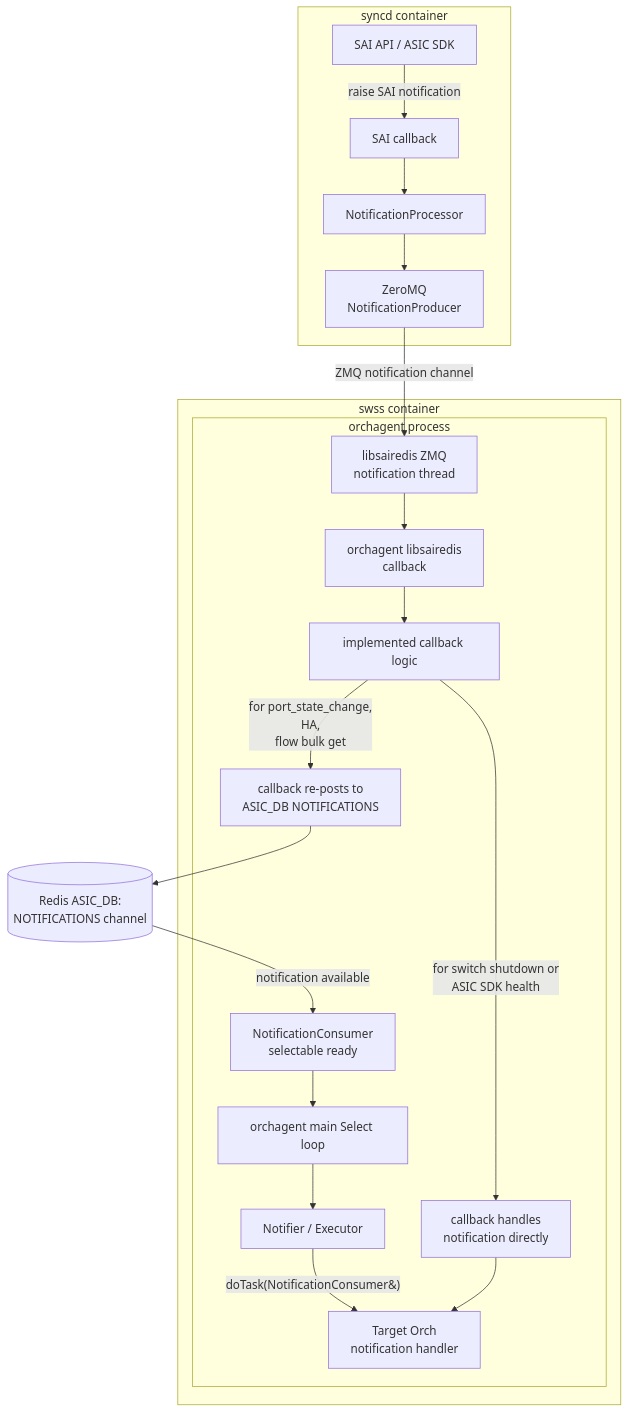
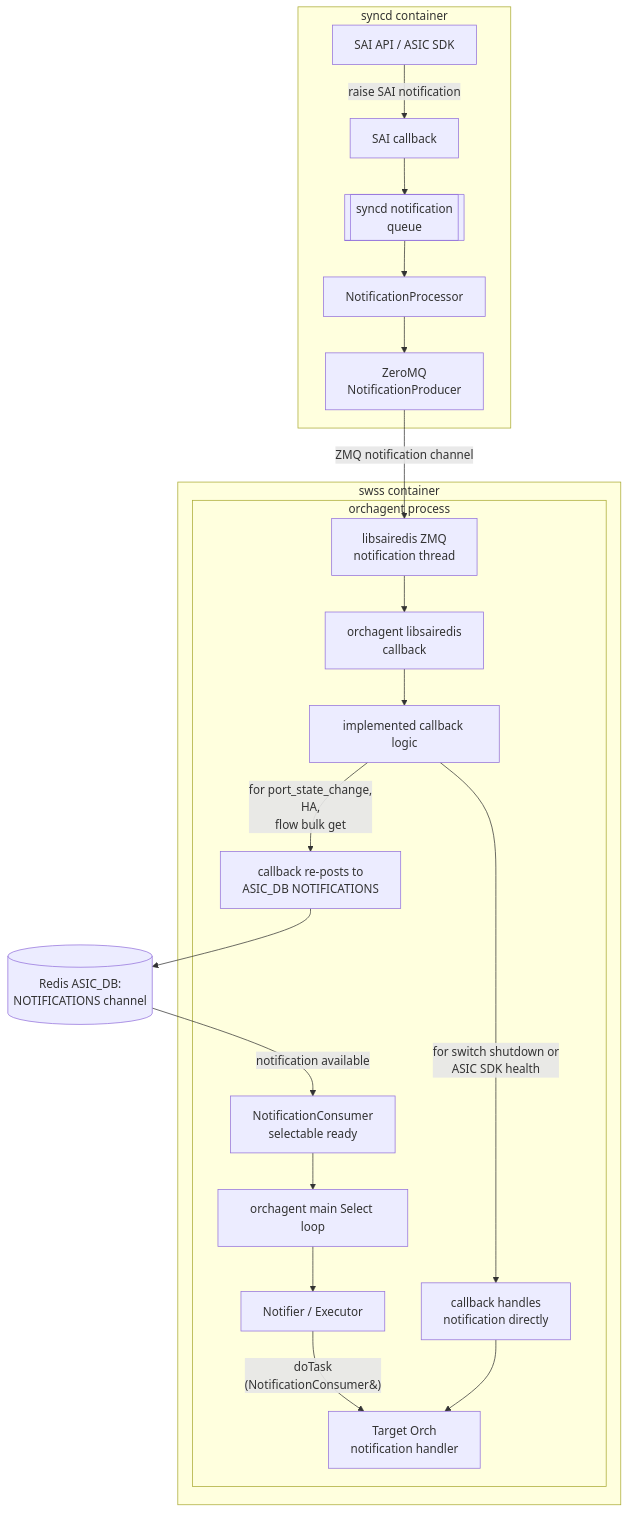
One commit to sonic-net/sonic-buildimage changed the second of 10 diagrams in hld/zmq-southbound-sai-notification-handling.md. Above: the diagram before and after it, drawn with Mermaid. The commit also changed other lines of this file, not shown here.

First line of the commit message:
Update ZMQ SAI notification Option 3 HLD

````diff
--- a/hld/zmq-southbound-sai-notification-handling.md
+++ b/hld/zmq-southbound-sai-notification-handling.md
@@ -108,42 +139,44 @@
 ```mermaid
 flowchart TD
     subgraph syncdContainer["syncd container"]
         saiApi["SAI API / ASIC SDK"]
         syncdCallback["SAI callback"]
+        ntfQueue[["syncd notification<br/>queue"]]
         notificationProcessor["NotificationProcessor"]
         zmqProducer["ZeroMQ<br/>NotificationProducer"]
     end
 
     redisNotifications[("Redis ASIC_DB:<br/>NOTIFICATIONS channel")]
 
     subgraph swssContainer["swss container"]
         subgraph orchagentProcess["orchagent process"]
             zmqThread["libsairedis ZMQ<br/>notification thread"]
             saiCallback["orchagent libsairedis<br/>callback"]
             callbackLogic["implemented callback logic"]
             redisRepost["callback re-posts to<br/>ASIC_DB NOTIFICATIONS"]
             directHandler["callback handles<br/>notification directly"]
             redisConsumerReady["NotificationConsumer<br/>selectable ready"]
             mainLoop["orchagent main Select loop"]
             notifier["Notifier / Executor"]
             orchHandler["Target Orch<br/>notification handler"]
         end
     end
 
     saiApi -->|"raise SAI notification"| syncdCallback
-    syncdCallback --> notificationProcessor
+    syncdCallback --> ntfQueue
+    ntfQueue --> notificationProcessor
     notificationProcessor --> zmqProducer
     zmqProducer -->|"ZMQ notification channel"| zmqThread
     zmqThread --> saiCallback
     saiCallback --> callbackLogic
 
     callbackLogic -->|"for port_state_change,<br/>HA,<br/>flow bulk get"| redisRepost
     redisRepost --> redisNotifications
     redisNotifications -->|"notification available"| redisConsumerReady
     redisConsumerReady --> mainLoop
     mainLoop --> notifier
-    notifier -->|"doTask(NotificationConsumer&)"| orchHandler
+    notifier -->|"doTask<br/>(NotificationConsumer&)"| orchHandler
 
     callbackLogic -->|"for switch shutdown or<br/>ASIC SDK health"| directHandler
     directHandler --> orchHandler
 ```
````
